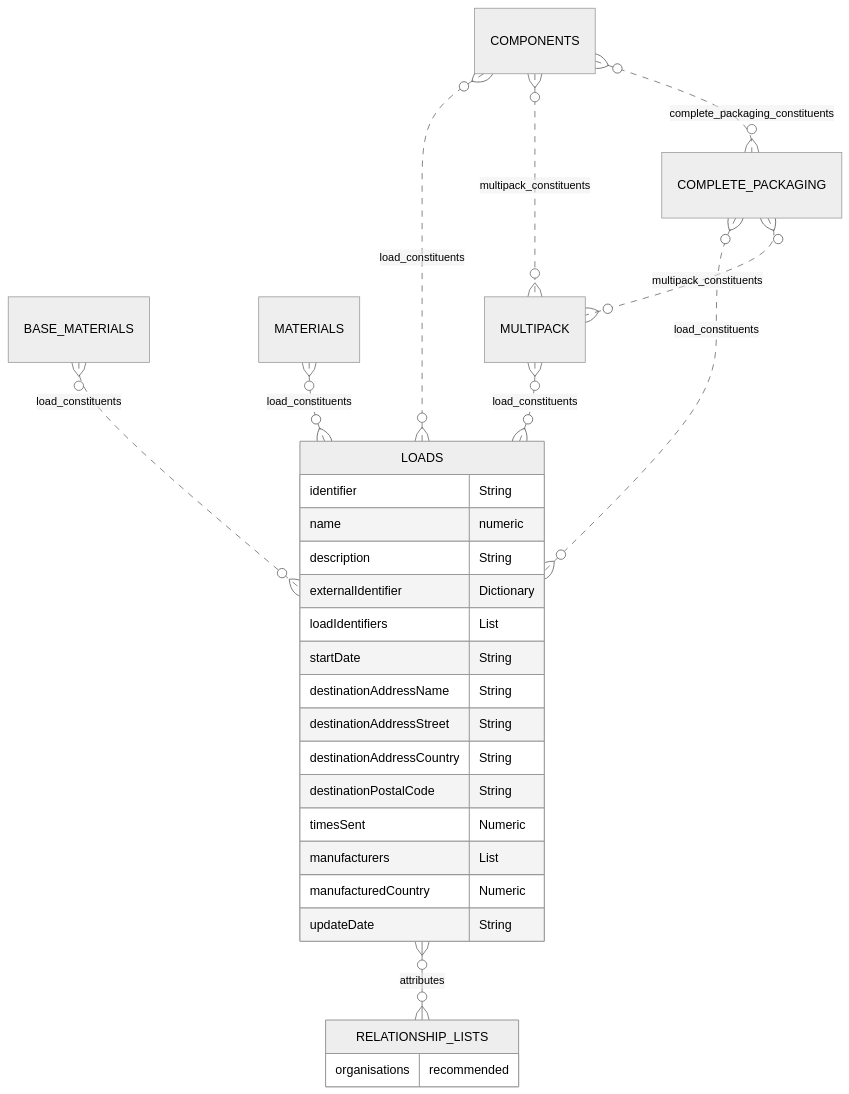
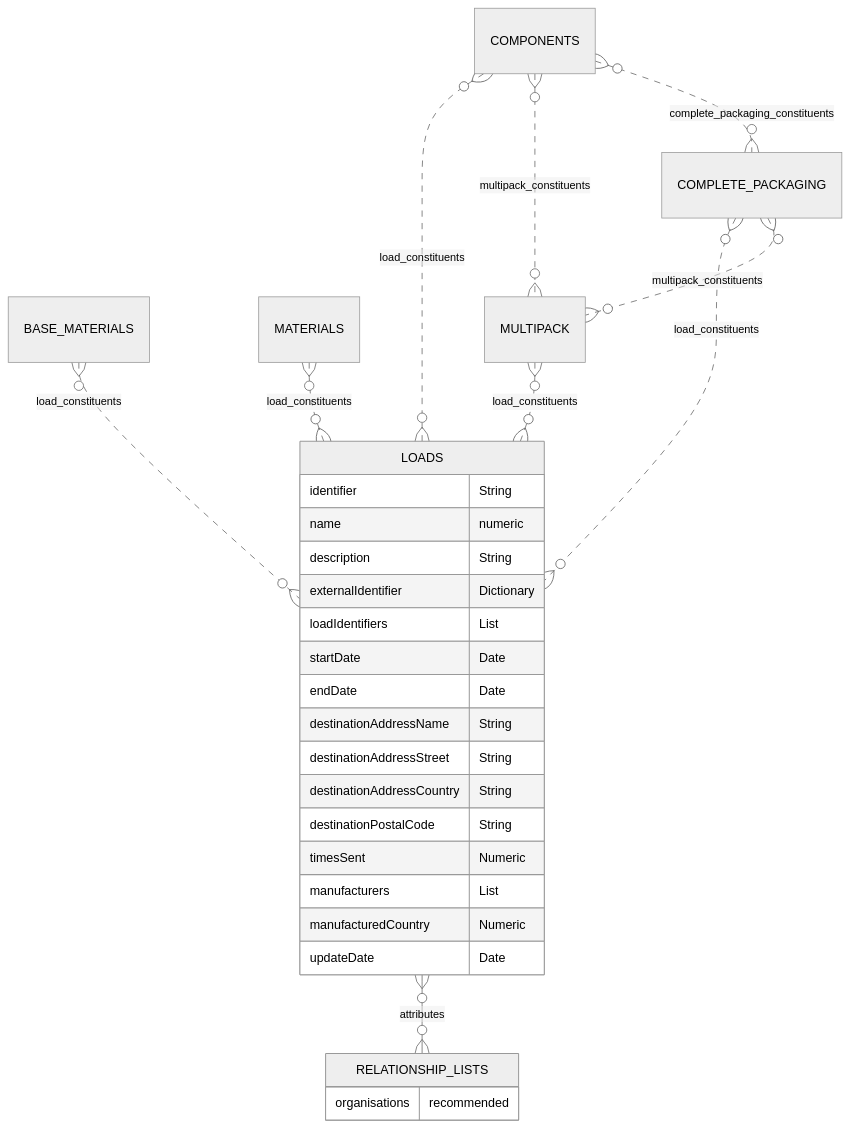
One commit to OpenDataManchester/Open3P changed the diagram in docs/3_Data_Specification/3_7_Load.md. Above: the diagram before and after it, drawn with Mermaid (neutral theme). The commit also changed other lines of this file, not shown here.

Commit message:
Update date to ISO 8601

````diff
--- a/docs/3_Data_Specification/3_7_Load.md
+++ b/docs/3_Data_Specification/3_7_Load.md
@@ -33,31 +33,32 @@
 ``` mermaid
 erDiagram
 BASE_MATERIALS }o..o{ LOADS : load_constituents
 MATERIALS }o..o{ LOADS : load_constituents
 COMPLETE_PACKAGING }o..o{ LOADS : load_constituents
 COMPONENTS }o..o{ LOADS : load_constituents
 MULTIPACK }o..o{ LOADS : load_constituents
 COMPONENTS }o..o{ MULTIPACK : multipack_constituents
 COMPLETE_PACKAGING }o..o{ MULTIPACK : multipack_constituents
 COMPONENTS }o..o{ COMPLETE_PACKAGING : complete_packaging_constituents
   LOADS {
     identifier String
     name numeric
     description String
     externalIdentifier Dictionary
     loadIdentifiers List
-    startDate String
+    startDate Date
+    endDate Date
     destinationAddressName String
     destinationAddressStreet String
     destinationAddressCountry String
     destinationPostalCode String
     timesSent Numeric
     manufacturers List
     manufacturedCountry Numeric
-    updateDate String
+    updateDate Date
   }
   LOADS }o--o{ RELATIONSHIP_LISTS : attributes
   RELATIONSHIP_LISTS {
       organisations recommended
     }
 ```
````
